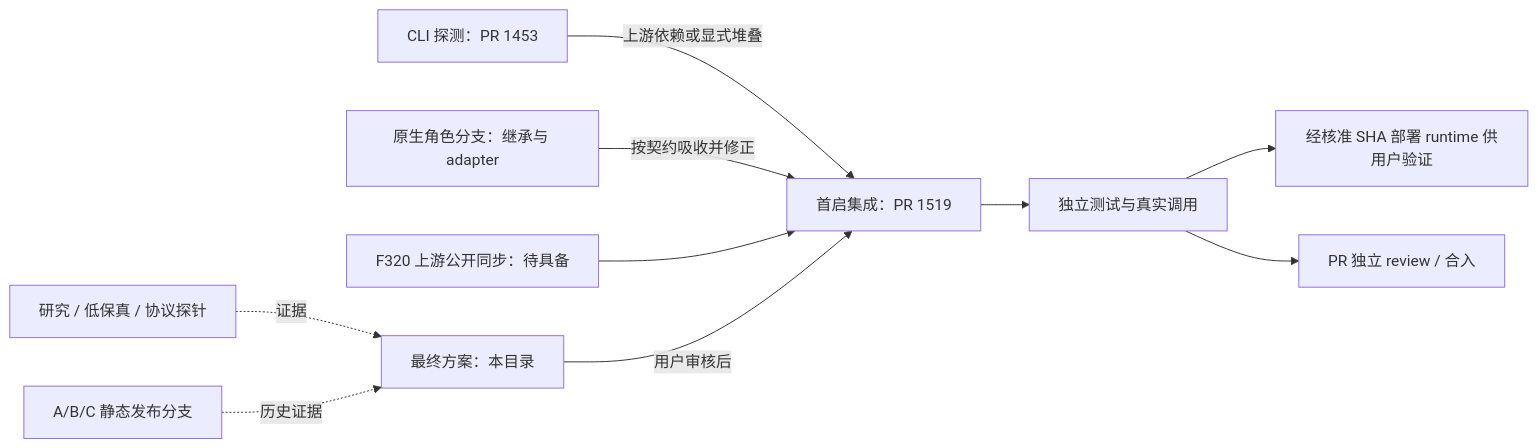
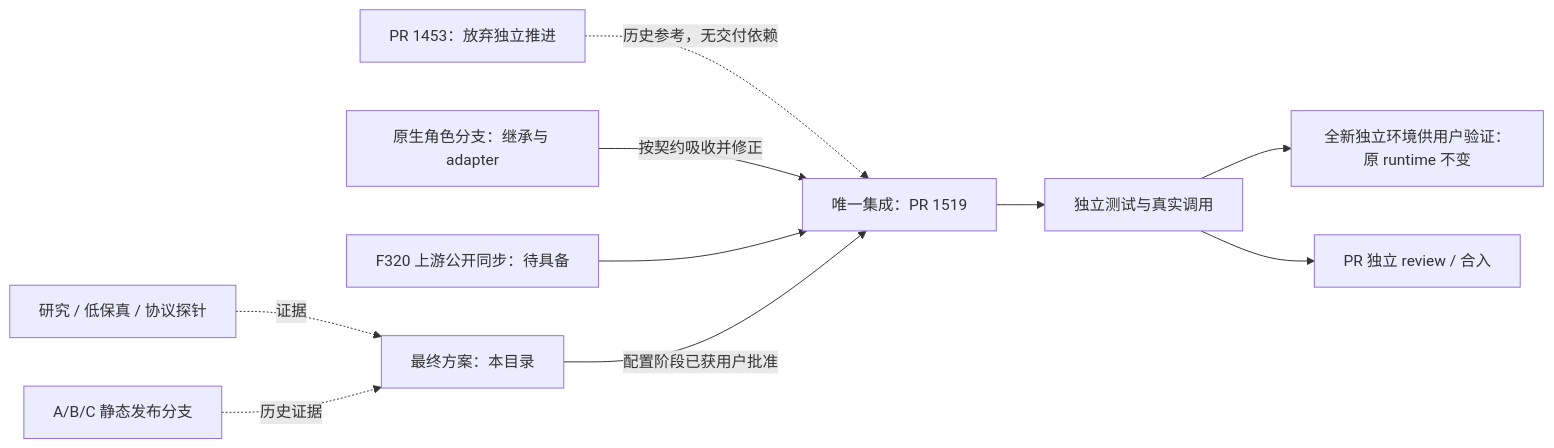
The diagram in docs/plans/issue-1466-worktree-convergence.md (whutzefengxie-ops/clowder-ai), drawn with Mermaid before and after one commit. The commit also changed other lines of this file and 23 other files, not shown here.

````diff
--- a/docs/plans/issue-1466-worktree-convergence.md
+++ b/docs/plans/issue-1466-worktree-convergence.md
@@ -32,12 +32,12 @@
 ```mermaid
 flowchart LR
   Research[研究 / 低保真 / 协议探针] -. 证据 .-> Plan[最终方案：本目录]
-  Detect[CLI 探测：PR 1453] -->|上游依赖或显式堆叠| Main[首启集成：PR 1519]
+  Detect[PR 1453：放弃独立推进] -. 历史参考，无交付依赖 .-> Main[唯一集成：PR 1519]
   Native[原生角色分支：继承与 adapter] -->|按契约吸收并修正| Main
   F320[F320 上游公开同步：待具备] --> Main
-  Plan -->|用户审核后| Main
+  Plan -->|配置阶段已获用户批准| Main
   Main --> Verify[独立测试与真实调用]
-  Verify --> Runtime[经核准 SHA 部署 runtime 供用户验证]
+  Verify --> Runtime[全新独立环境供用户验证：原 runtime 不变]
   Verify --> Review[PR 独立 review / 合入]
   ABC[A/B/C 静态发布分支] -. 历史证据 .-> Plan
 ```
````
